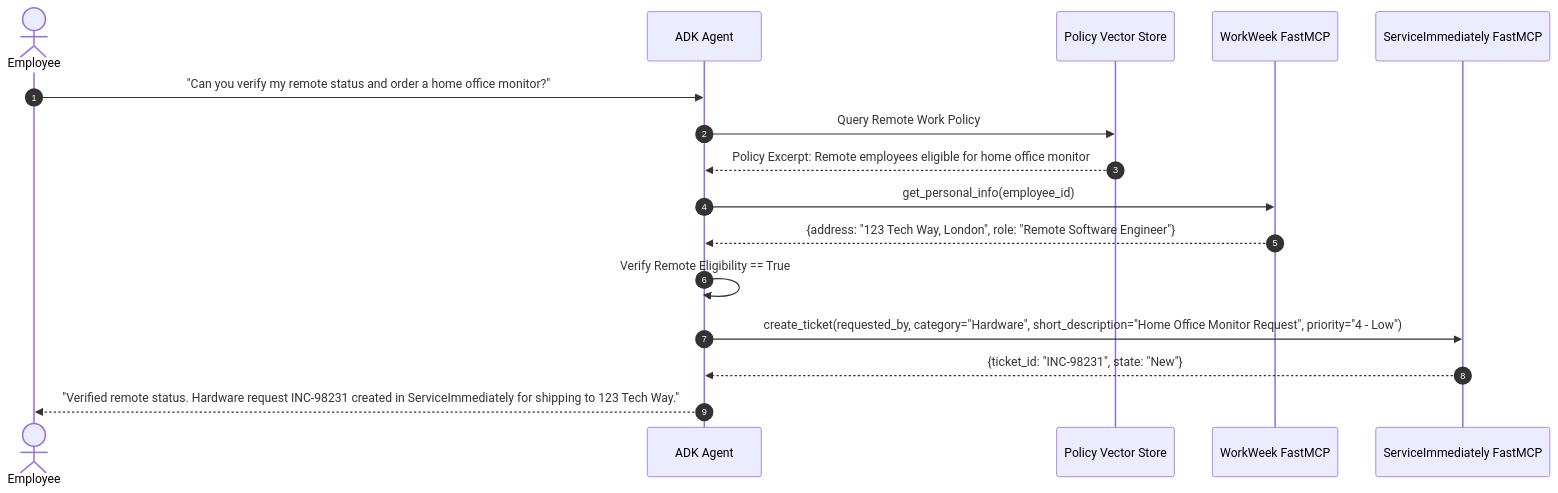
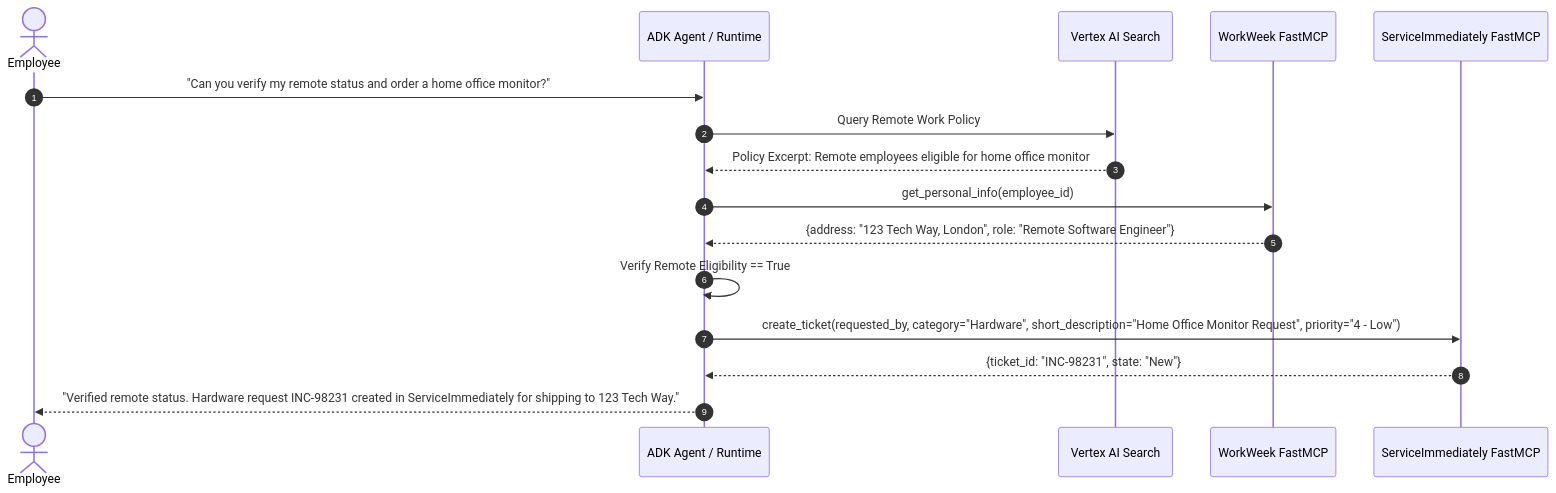
One commit to yangwhale/elevate-bj-g4 changed the fourth of 6 diagrams in SDD_Project_Elevate.md. Above: the diagram before and after it, drawn with Mermaid. The commit also changed other lines of this file, not shown here.

Commit message:
Update SDD with Google Cloud Model Armor, Vertex AI Search RAG, and Agent Runtime Session Service

````diff
--- a/SDD_Project_Elevate.md
+++ b/SDD_Project_Elevate.md
@@ -157,19 +161,19 @@
 ```mermaid
 sequenceDiagram
     autonumber
     actor Employee
-    participant Agent as ADK Agent
-    participant RAG as Policy Vector Store
+    participant Agent as ADK Agent / Runtime
+    participant RAG as Vertex AI Search
     participant WW as WorkWeek FastMCP
     participant SI as ServiceImmediately FastMCP
 
     Employee->>Agent: "Can you verify my remote status and order a home office monitor?"
     Agent->>RAG: Query Remote Work Policy
     RAG-->>Agent: Policy Excerpt: Remote employees eligible for home office monitor
     Agent->>WW: get_personal_info(employee_id)
     WW-->>Agent: {address: "123 Tech Way, London", role: "Remote Software Engineer"}
     Agent->>Agent: Verify Remote Eligibility == True
     Agent->>SI: create_ticket(requested_by, category="Hardware", short_description="Home Office Monitor Request", priority="4 - Low")
     SI-->>Agent: {ticket_id: "INC-98231", state: "New"}
     Agent-->>Employee: "Verified remote status. Hardware request INC-98231 created in ServiceImmediately for shipping to 123 Tech Way."
 ```
````
